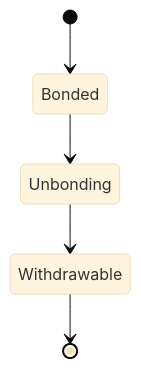
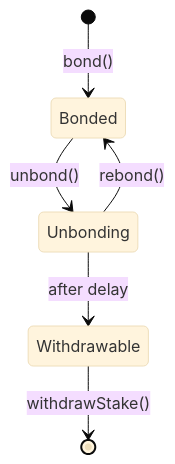
The second of 2 diagrams in v2/delegators/delegation/overview.mdx (its-DeFine/docs), drawn with Mermaid (base theme) before and after one commit. The commit also changed other lines of this file and 186 other files, not shown here.

````diff
--- a/v2/delegators/delegation/overview.mdx
+++ b/v2/delegators/delegation/overview.mdx
@@ -169,7 +112,8 @@
 ```mermaid
 stateDiagram-v2
-    [*] --> Bonded
-    Bonded --> Unbonding
-    Unbonding --> Withdrawable
-    Withdrawable --> [*]
+    [*] --> Bonded : bond()
+    Bonded --> Unbonding : unbond()
+    Unbonding --> Withdrawable : after delay
+    Withdrawable --> [*] : withdrawStake()
+    Unbonding --> Bonded : rebond()
 ```
````
